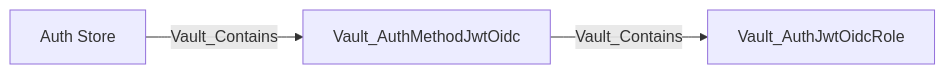
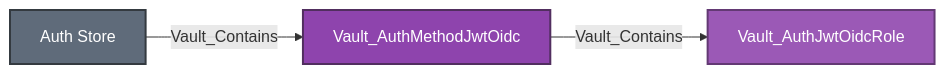
One commit to bytewreck/opengraph-vault changed diagram 13 of 28 in Documentation/stores/AUTH.md. Above: the diagram before and after it, drawn with Mermaid. The commit also changed other lines of this file, not shown here.

````diff
--- a/Documentation/stores/AUTH.md
+++ b/Documentation/stores/AUTH.md
@@ -654,5 +711,9 @@
 ```mermaid
 flowchart LR
-    store[Auth Store] -->|Vault_Contains| method[Vault_AuthMethodJwtOidc]
-    method -->|Vault_Contains| role[Vault_AuthJwtOidcRole]
+    store[Auth Store]:::storeNode -->|Vault_Contains| method[Vault_AuthMethodJwtOidc]:::authMethodNode
+    method -->|Vault_Contains| role[Vault_AuthJwtOidcRole]:::authRoleNode
+
+    classDef storeNode fill:#5F6B7A,color:#fff,stroke:#343A40,stroke-width:2px
+    classDef authMethodNode fill:#8E44AD,color:#fff,stroke:#512E5F,stroke-width:2px
+    classDef authRoleNode fill:#9B59B6,color:#fff,stroke:#633974,stroke-width:2px
 ```
````
